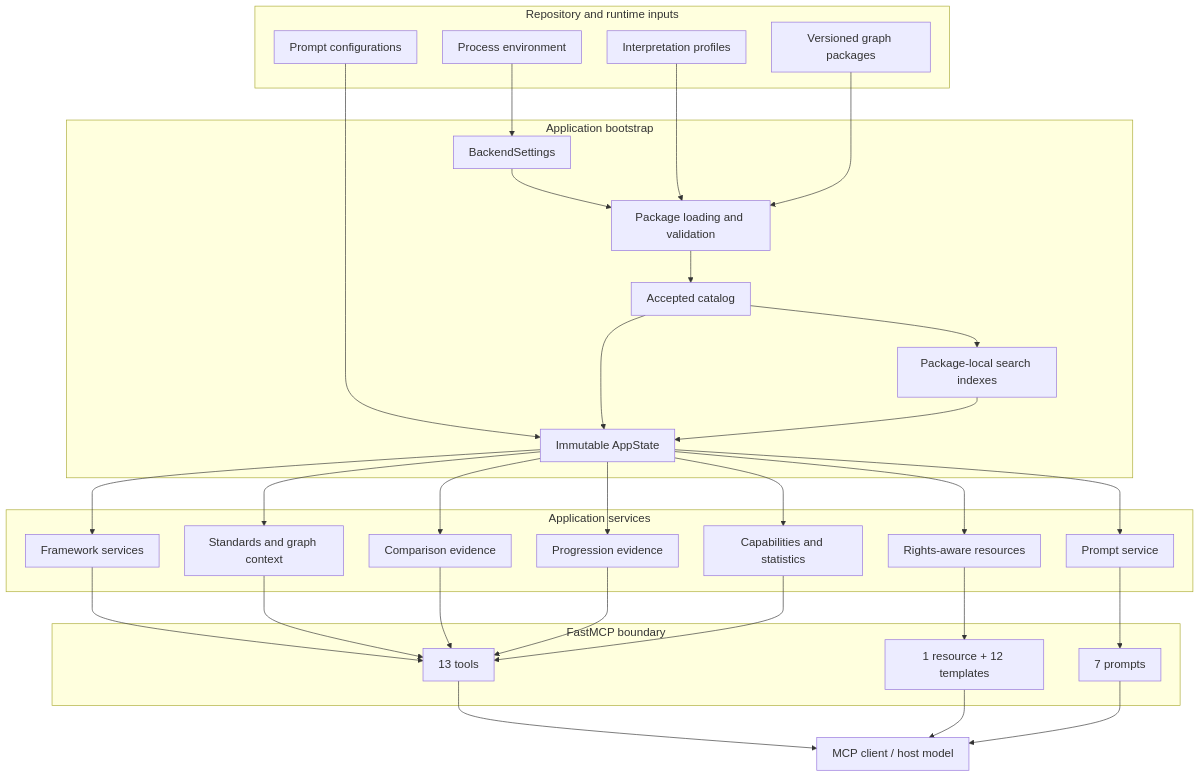
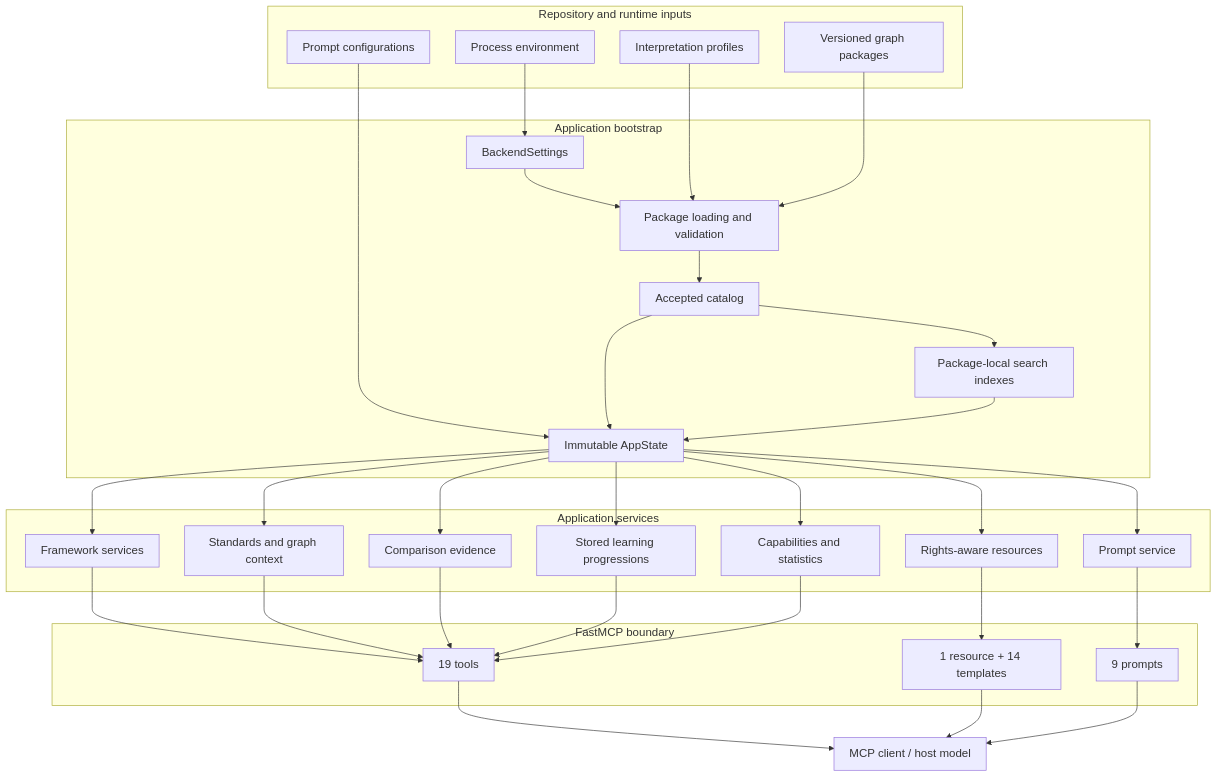
Before and after one commit to IDinsight/KGForEdGlobalMCP: the first of 2 diagrams in docs/architecture.md, drawn with Mermaid. The commit also changed other lines of this file and 141 other files, not shown here.

Commit message:
feat: add learning progression support ahead of data rollout

````diff
--- a/docs/architecture.md
+++ b/docs/architecture.md
@@ -31,72 +31,72 @@
 ```mermaid
 %%{init: {
   "themeVariables": {
     "fontSize": "18px"
   },
   "flowchart": {
     "useMaxWidth": true,
     "nodeSpacing": 40,
     "rankSpacing": 50,
     "padding": 12
   }
 }}%%
 flowchart TB
     subgraph Inputs[Repository and runtime inputs]
         ENV[Process environment]
         PROF[Interpretation profiles]
         PROMPT[Prompt configurations]
         PKG[Versioned graph packages]
     end
 
     subgraph Bootstrap[Application bootstrap]
         SETTINGS[BackendSettings]
         VALIDATE[Package loading and validation]
         CATALOG[Accepted catalog]
         INDEX[Package-local search indexes]
         STATE[Immutable AppState]
     end
 
     subgraph Services[Application services]
         FRAMEWORK[Framework services]
         STANDARDS[Standards and graph context]
         COMPARE[Comparison evidence]
-        PROGRESSION[Progression evidence]
+        PROGRESSION[Stored learning progressions]
         RESOURCE[Rights-aware resources]
         PROMPTS[Prompt service]
         CAPS[Capabilities and statistics]
     end
 
     subgraph MCP[FastMCP boundary]
-        TOOLS[13 tools]
-        RESOURCES[1 resource + 12 templates]
-        MCPPROMPTS[7 prompts]
+        TOOLS[19 tools]
+        RESOURCES[1 resource + 14 templates]
+        MCPPROMPTS[9 prompts]
     end
 
     HOST[MCP client / host model]
     ENV --> SETTINGS
     SETTINGS --> VALIDATE
     PROF --> VALIDATE
     PKG --> VALIDATE
     VALIDATE --> CATALOG
     PROMPT --> STATE
     CATALOG --> INDEX
     CATALOG --> STATE
     INDEX --> STATE
     STATE --> FRAMEWORK
     STATE --> STANDARDS
     STATE --> COMPARE
     STATE --> PROGRESSION
     STATE --> RESOURCE
     STATE --> PROMPTS
     STATE --> CAPS
     FRAMEWORK --> TOOLS
     STANDARDS --> TOOLS
     COMPARE --> TOOLS
     PROGRESSION --> TOOLS
     CAPS --> TOOLS
     RESOURCE --> RESOURCES
     PROMPTS --> MCPPROMPTS
     TOOLS --> HOST
     RESOURCES --> HOST
     MCPPROMPTS --> HOST
 ```
````
